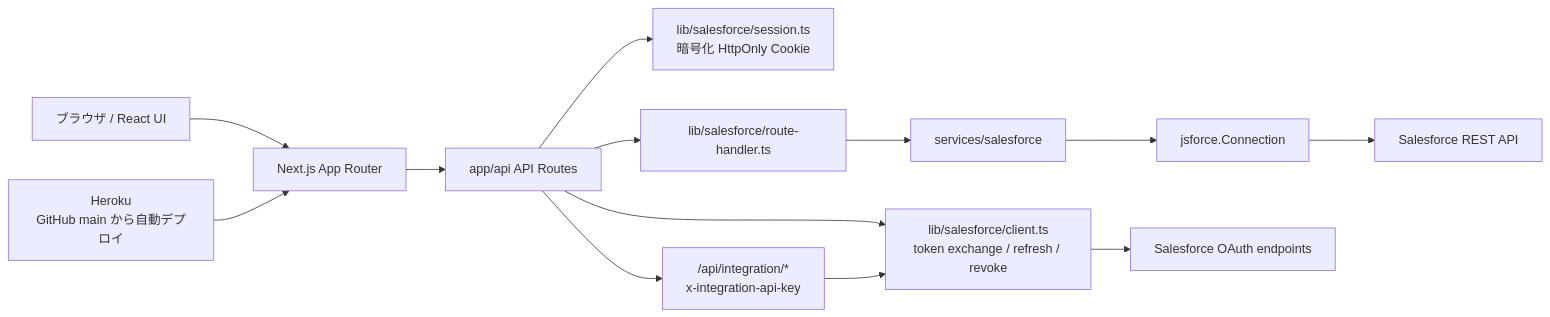
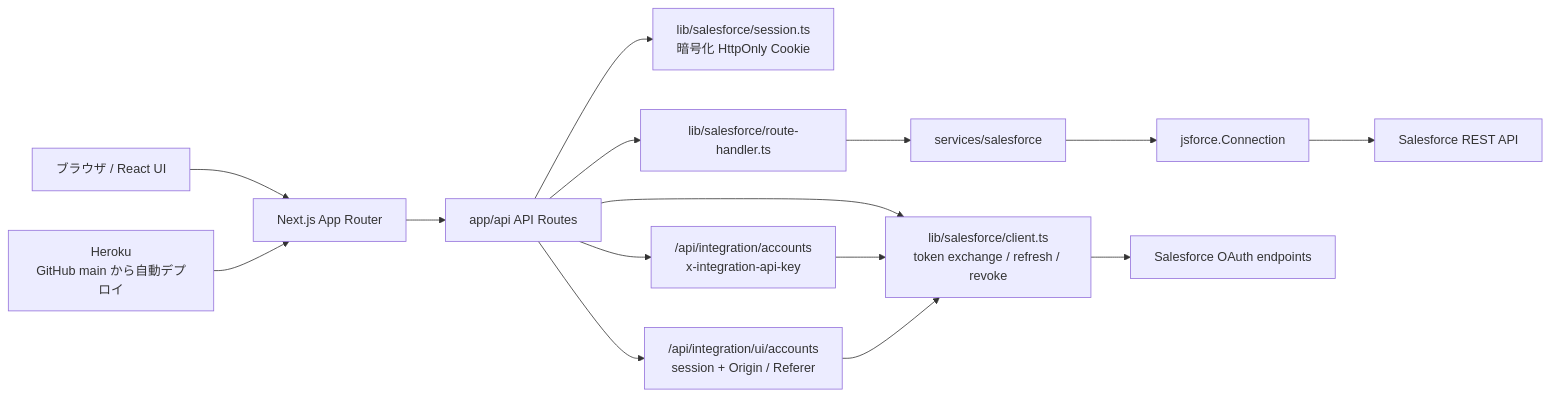
Before and after one commit to tyoshikawa1106/salesforce-api-playground: the first of 3 diagrams in docs/architecture/system-overview.md, drawn with Mermaid. The commit also changed other lines of this file and 6 other files, not shown here.

````diff
--- a/docs/architecture/system-overview.md
+++ b/docs/architecture/system-overview.md
@@ -20,15 +20,17 @@
 ```mermaid
 flowchart LR
     Browser["ブラウザ / React UI"] --> App["Next.js App Router"]
     App --> Api["app/api API Routes"]
     Api --> Session["lib/salesforce/session.ts<br/>暗号化 HttpOnly Cookie"]
     Api --> RouteHandler["lib/salesforce/route-handler.ts"]
     RouteHandler --> Service["services/salesforce"]
     Service --> Jsforce["jsforce.Connection"]
     Jsforce --> Salesforce["Salesforce REST API"]
     Api --> OAuthClient["lib/salesforce/client.ts<br/>token exchange / refresh / revoke"]
     OAuthClient --> SalesforceOAuth["Salesforce OAuth endpoints"]
-    Api --> IntegrationApi["/api/integration/*<br/>x-integration-api-key"]
+    Api --> IntegrationApi["/api/integration/accounts<br/>x-integration-api-key"]
+    Api --> IntegrationUiApi["/api/integration/ui/accounts<br/>session + Origin / Referer"]
     IntegrationApi --> OAuthClient
+    IntegrationUiApi --> OAuthClient
     Heroku["Heroku<br/>GitHub main から自動デプロイ"] --> App
 ```
````
